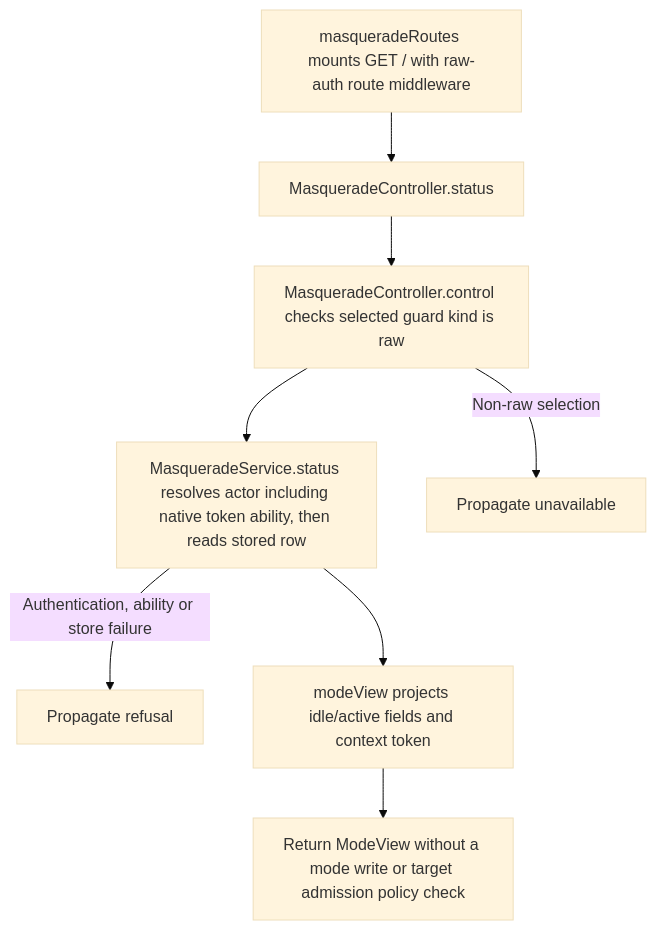
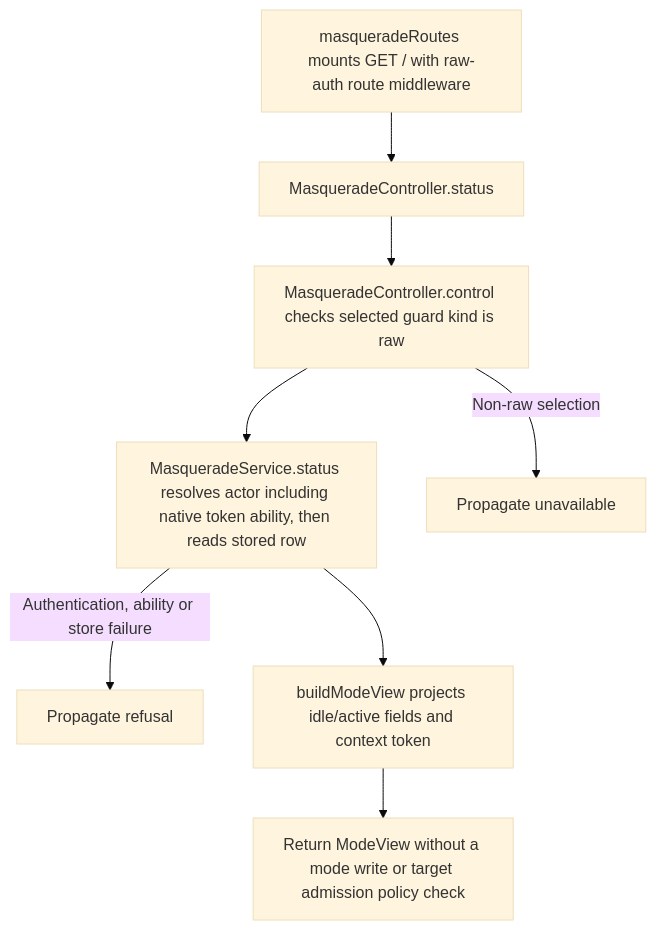
Before and after one commit to Kevinjohn/oss-adonisjs-masquerade: the second of 2 diagrams in user-stories/start-stop-mode/us-actor-06-read-mode-status.md, drawn with Mermaid (base theme). The commit also changed 61 other files, not shown here.

````diff
--- a/user-stories/start-stop-mode/us-actor-06-read-mode-status.md
+++ b/user-stories/start-stop-mode/us-actor-06-read-mode-status.md
@@ -33,10 +33,10 @@
 ```mermaid
 flowchart TD
  A["masqueradeRoutes mounts GET / with raw-auth route middleware"] --> B["MasqueradeController.status"]
  B --> C["MasqueradeController.control checks selected guard kind is raw"]
  C --> D["MasqueradeService.status resolves actor including native token ability, then reads stored row"]
  C -->|Non-raw selection| X["Propagate unavailable"]
  D -->|Authentication, ability or store failure| Y["Propagate refusal"]
- D --> E["modeView projects idle/active fields and context token"]
+ D --> E["buildModeView projects idle/active fields and context token"]
  E --> F["Return ModeView without a mode write or target admission policy check"]
 ```
````
